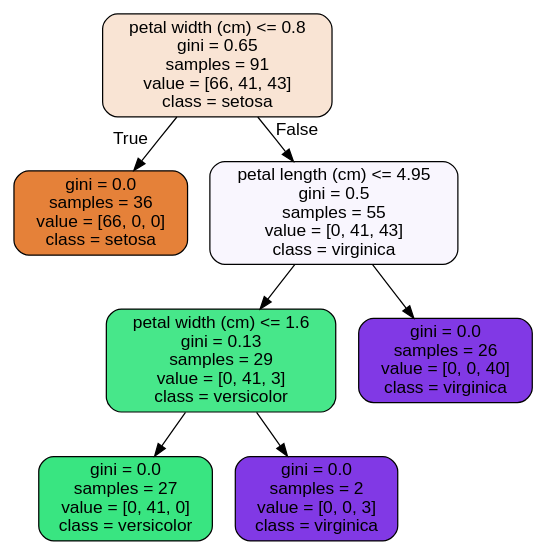
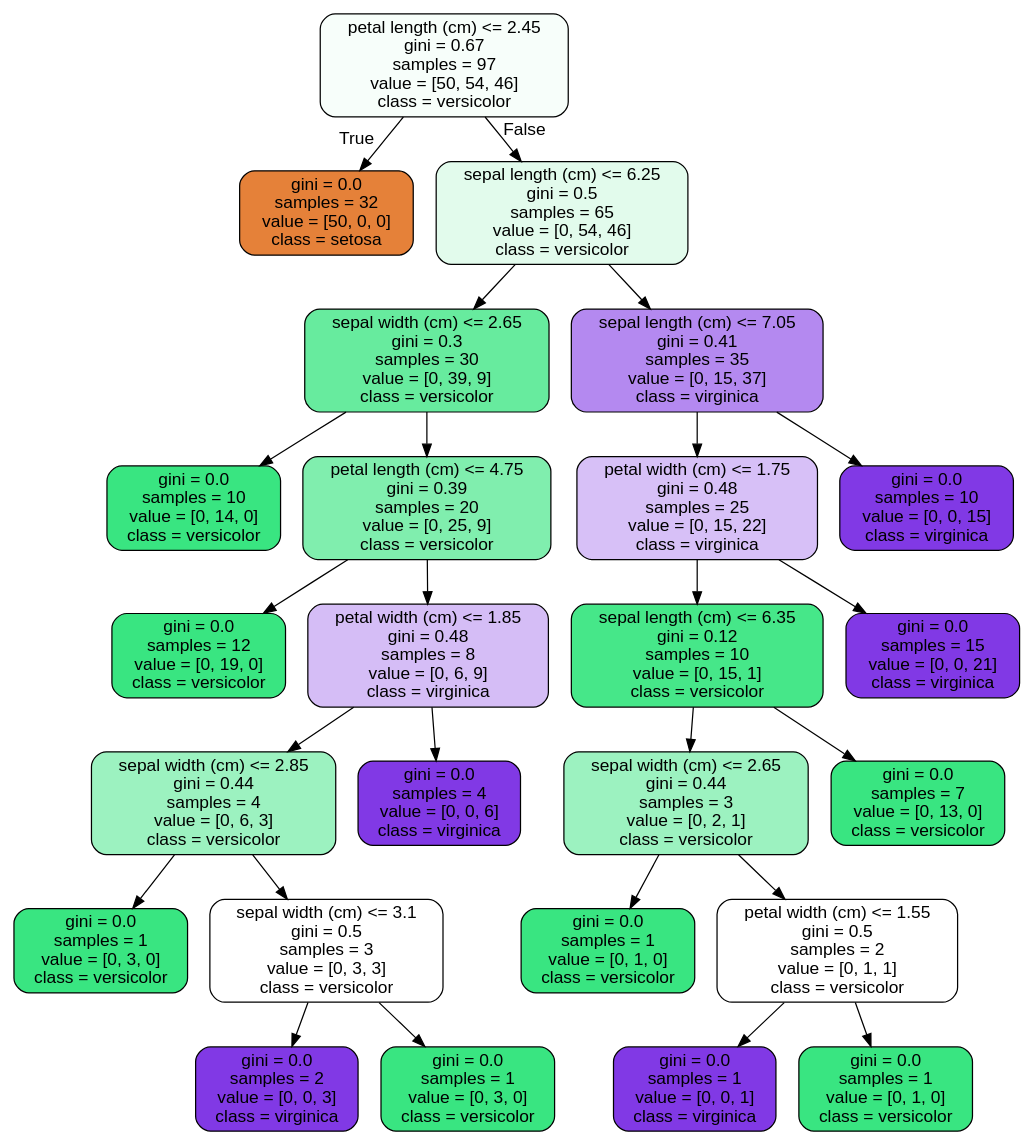
The diagram in Case_Study/RandomForest_Covid_Case_Study/RandomForest Covid Case Study_06302020/tree.dot (fancyfu4/SB-Data-Science), drawn with Graphviz before and after one commit. The commit also changed 11 other files, not shown here.

```diff
--- a/Case_Study/RandomForest_Covid_Case_Study/RandomForest Covid Case Study_06302020/tree.dot
+++ b/Case_Study/RandomForest_Covid_Case_Study/RandomForest Covid Case Study_06302020/tree.dot
@@ -1,17 +1,53 @@
 digraph Tree {
 node [shape=box, style="filled, rounded", color="black", fontname=helvetica] ;
 edge [fontname=helvetica] ;
-0 [label="petal width (cm) <= 0.8\ngini = 0.65\nsamples = 91\nvalue = [66, 41, 43]\nclass = setosa", fillcolor="#f9e4d4"] ;
-1 [label="gini = 0.0\nsamples = 36\nvalue = [66, 0, 0]\nclass = setosa", fillcolor="#e58139"] ;
+0 [label="petal length (cm) <= 2.45\ngini = 0.67\nsamples = 97\nvalue = [50, 54, 46]\nclass = versicolor", fillcolor="#f7fefa"] ;
+1 [label="gini = 0.0\nsamples = 32\nvalue = [50, 0, 0]\nclass = setosa", fillcolor="#e58139"] ;
 0 -> 1 [labeldistance=2.5, labelangle=45, headlabel="True"] ;
-2 [label="petal length (cm) <= 4.95\ngini = 0.5\nsamples = 55\nvalue = [0, 41, 43]\nclass = virginica", fillcolor="#f9f6fe"] ;
+2 [label="sepal length (cm) <= 6.25\ngini = 0.5\nsamples = 65\nvalue = [0, 54, 46]\nclass = versicolor", fillcolor="#e2fbec"] ;
 0 -> 2 [labeldistance=2.5, labelangle=-45, headlabel="False"] ;
-3 [label="petal width (cm) <= 1.6\ngini = 0.13\nsamples = 29\nvalue = [0, 41, 3]\nclass = versicolor", fillcolor="#47e78a"] ;
+3 [label="sepal width (cm) <= 2.65\ngini = 0.3\nsamples = 30\nvalue = [0, 39, 9]\nclass = versicolor", fillcolor="#67eb9e"] ;
 2 -> 3 ;
-4 [label="gini = 0.0\nsamples = 27\nvalue = [0, 41, 0]\nclass = versicolor", fillcolor="#39e581"] ;
+4 [label="gini = 0.0\nsamples = 10\nvalue = [0, 14, 0]\nclass = versicolor", fillcolor="#39e581"] ;
 3 -> 4 ;
-5 [label="gini = 0.0\nsamples = 2\nvalue = [0, 0, 3]\nclass = virginica", fillcolor="#8139e5"] ;
+5 [label="petal length (cm) <= 4.75\ngini = 0.39\nsamples = 20\nvalue = [0, 25, 9]\nclass = versicolor", fillcolor="#80eeae"] ;
 3 -> 5 ;
-6 [label="gini = 0.0\nsamples = 26\nvalue = [0, 0, 40]\nclass = virginica", fillcolor="#8139e5"] ;
-2 -> 6 ;
+6 [label="gini = 0.0\nsamples = 12\nvalue = [0, 19, 0]\nclass = versicolor", fillcolor="#39e581"] ;
+5 -> 6 ;
+7 [label="petal width (cm) <= 1.85\ngini = 0.48\nsamples = 8\nvalue = [0, 6, 9]\nclass = virginica", fillcolor="#d5bdf6"] ;
+5 -> 7 ;
+8 [label="sepal width (cm) <= 2.85\ngini = 0.44\nsamples = 4\nvalue = [0, 6, 3]\nclass = versicolor", fillcolor="#9cf2c0"] ;
+7 -> 8 ;
+9 [label="gini = 0.0\nsamples = 1\nvalue = [0, 3, 0]\nclass = versicolor", fillcolor="#39e581"] ;
+8 -> 9 ;
+10 [label="sepal width (cm) <= 3.1\ngini = 0.5\nsamples = 3\nvalue = [0, 3, 3]\nclass = versicolor", fillcolor="#ffffff"] ;
+8 -> 10 ;
+11 [label="gini = 0.0\nsamples = 2\nvalue = [0, 0, 3]\nclass = virginica", fillcolor="#8139e5"] ;
+10 -> 11 ;
+12 [label="gini = 0.0\nsamples = 1\nvalue = [0, 3, 0]\nclass = versicolor", fillcolor="#39e581"] ;
+10 -> 12 ;
+13 [label="gini = 0.0\nsamples = 4\nvalue = [0, 0, 6]\nclass = virginica", fillcolor="#8139e5"] ;
+7 -> 13 ;
+14 [label="sepal length (cm) <= 7.05\ngini = 0.41\nsamples = 35\nvalue = [0, 15, 37]\nclass = virginica", fillcolor="#b489f0"] ;
+2 -> 14 ;
+15 [label="petal width (cm) <= 1.75\ngini = 0.48\nsamples = 25\nvalue = [0, 15, 22]\nclass = virginica", fillcolor="#d7c0f7"] ;
+14 -> 15 ;
+16 [label="sepal length (cm) <= 6.35\ngini = 0.12\nsamples = 10\nvalue = [0, 15, 1]\nclass = versicolor", fillcolor="#46e789"] ;
+15 -> 16 ;
+17 [label="sepal width (cm) <= 2.65\ngini = 0.44\nsamples = 3\nvalue = [0, 2, 1]\nclass = versicolor", fillcolor="#9cf2c0"] ;
+16 -> 17 ;
+18 [label="gini = 0.0\nsamples = 1\nvalue = [0, 1, 0]\nclass = versicolor", fillcolor="#39e581"] ;
+17 -> 18 ;
+19 [label="petal width (cm) <= 1.55\ngini = 0.5\nsamples = 2\nvalue = [0, 1, 1]\nclass = versicolor", fillcolor="#ffffff"] ;
+17 -> 19 ;
+20 [label="gini = 0.0\nsamples = 1\nvalue = [0, 0, 1]\nclass = virginica", fillcolor="#8139e5"] ;
+19 -> 20 ;
+21 [label="gini = 0.0\nsamples = 1\nvalue = [0, 1, 0]\nclass = versicolor", fillcolor="#39e581"] ;
+19 -> 21 ;
+22 [label="gini = 0.0\nsamples = 7\nvalue = [0, 13, 0]\nclass = versicolor", fillcolor="#39e581"] ;
+16 -> 22 ;
+23 [label="gini = 0.0\nsamples = 15\nvalue = [0, 0, 21]\nclass = virginica", fillcolor="#8139e5"] ;
+15 -> 23 ;
+24 [label="gini = 0.0\nsamples = 10\nvalue = [0, 0, 15]\nclass = virginica", fillcolor="#8139e5"] ;
+14 -> 24 ;
 }
```
